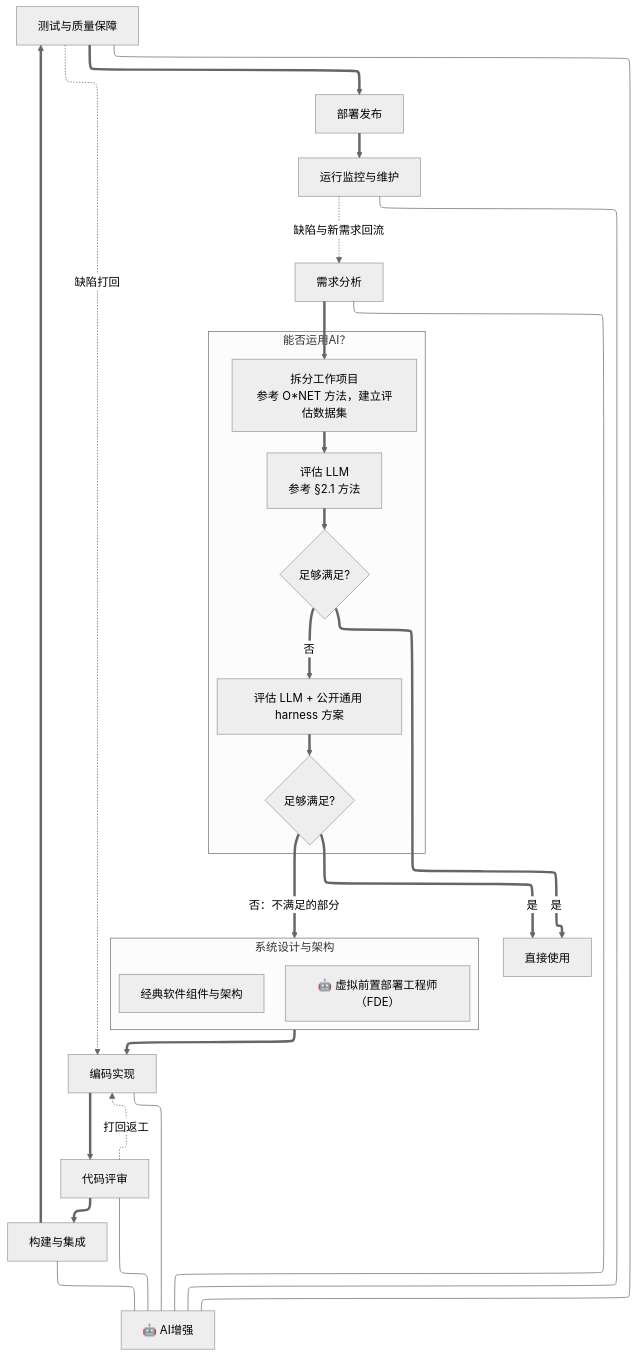
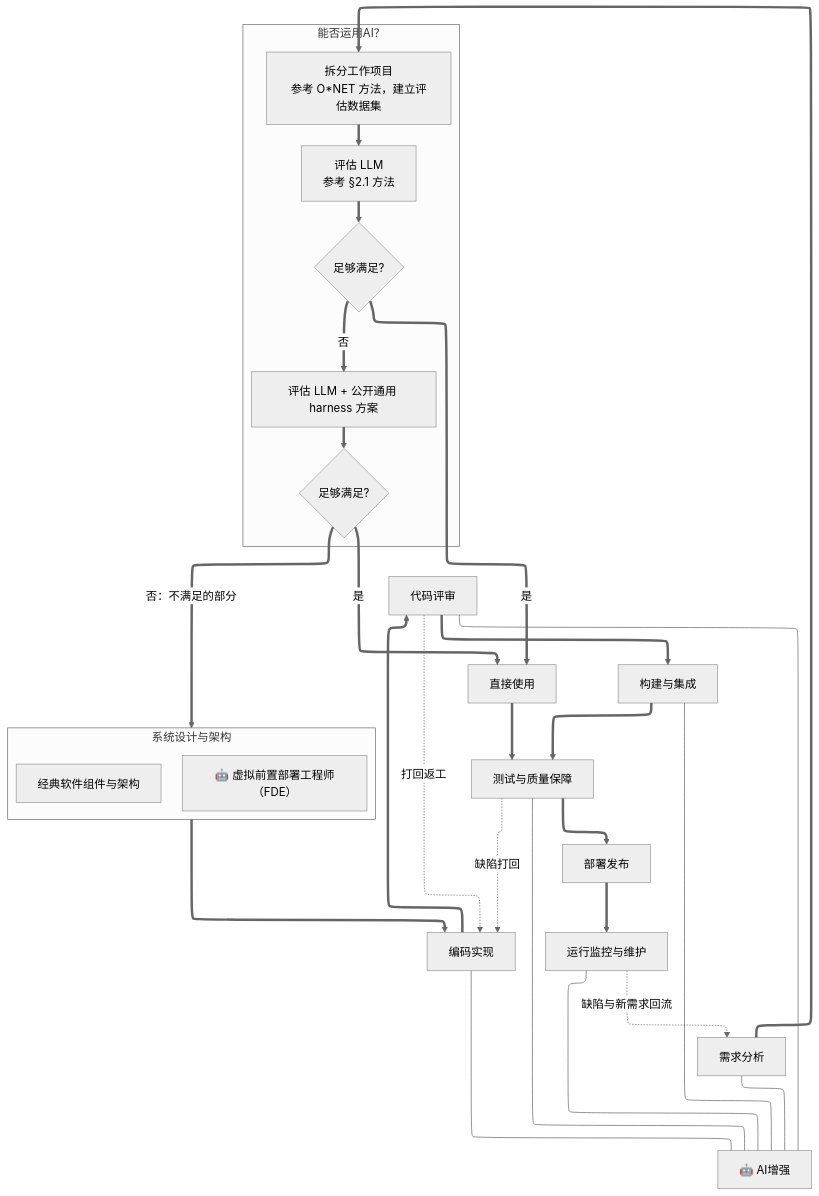
One commit to AI-LLM/Controversy changed the second of 2 diagrams in chat/AIKnowledgeLabor.md. Above: the diagram before and after it, drawn with Mermaid (neutral theme). The commit also changed 2 other files, not shown here.

Commit message:
直接使用 指向 测试与质量保障

````diff
--- a/chat/AIKnowledgeLabor.md
+++ b/chat/AIKnowledgeLabor.md
@@ -628,38 +628,39 @@
 ```mermaid
 ---
 config:
   layout: elk
 ---
 graph TD
     R[需求分析] ==> A1
     subgraph SP [能否运用AI？]
         direction TB
         A1[拆分工作项目<br/>参考 O*NET 方法，建立评估数据集] ==> A2[评估 LLM<br/>参考 §2.1 方法]
         A2 ==> Q1{足够满足?}
         Q1 == 否 ==> A3[评估 LLM + 公开通用 harness 方案]
         A3 ==> Q2{足够满足?}
     end
     Q1 == 是 ==> U[直接使用]
     Q2 == 是 ==> U
+    U ==> T
     subgraph D [系统设计与架构]
         direction TB
         D1[经典软件组件与架构]
         D2[🤖 虚拟前置部署工程师（FDE）]
     end
     Q2 == 否：不满足的部分 ==> D
     D ==> C[编码实现]
     C ==> CR[代码评审]
     CR ==> IG[构建与集成]
     IG ==> T[测试与质量保障]
     T ==> DP[部署发布]
     DP ==> MO[运行监控与维护]
     CR -. 打回返工 .-> C
     T -. 缺陷打回 .-> C
     MO -. 缺陷与新需求回流 .-> R
     R --- AIE[🤖 AI增强]
     C --- AIE
     CR --- AIE
     IG --- AIE
     T --- AIE
     MO --- AIE
 ```
````
